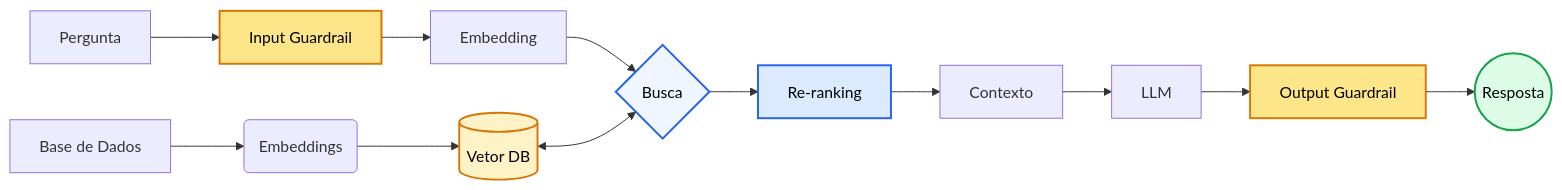
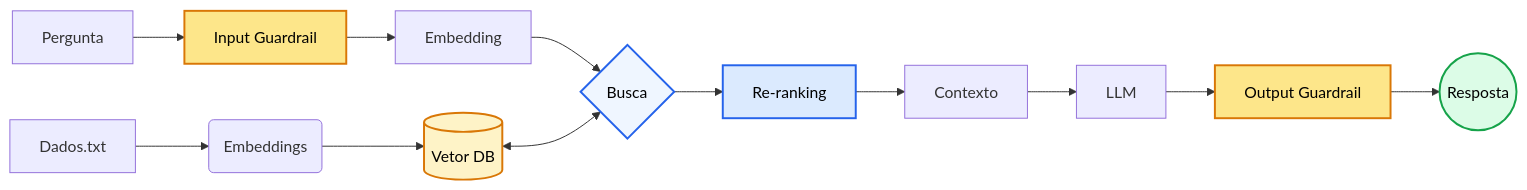
The diagram in README.md (rivaildojunior/llm-rag), drawn with Mermaid before and after one commit. The commit also changed other lines of this file and 4 other files, not shown here.

````diff
--- a/README.md
+++ b/README.md
@@ -94,25 +94,25 @@
 ```mermaid
 graph LR
     %% Nós principais
-    A[Base de Dados] --> B(Embeddings)
+    A[Dados.txt] --> B(Embeddings)
     B --> C[(Vetor DB)]
 
     D[Pergunta] --> E[Input Guardrail]
     E --> F[Embedding]
     F --> G{Busca}
 
     C <--> G
     G --> H[Re-ranking]
     H --> I[Contexto]
     I --> J[LLM]
     J --> K[Output Guardrail]
     K --> L((Resposta))
 
     %% Estilização simples e elegante
     style C fill:#fef3c7,stroke:#d97706,stroke-width:2px,color:#000000
     style L fill:#dcfce7,stroke:#16a34a,stroke-width:2px,color:#000000
     style G fill:#eff6ff,stroke:#2563eb,stroke-width:2px,color:#000000
     style H fill:#dbeafe,stroke:#2563eb,stroke-width:2px,color:#000000
     style E fill:#fde68a,stroke:#d97706,stroke-width:2px,color:#000000
     style K fill:#fde68a,stroke:#d97706,stroke-width:2px,color:#000000
 ```
````
